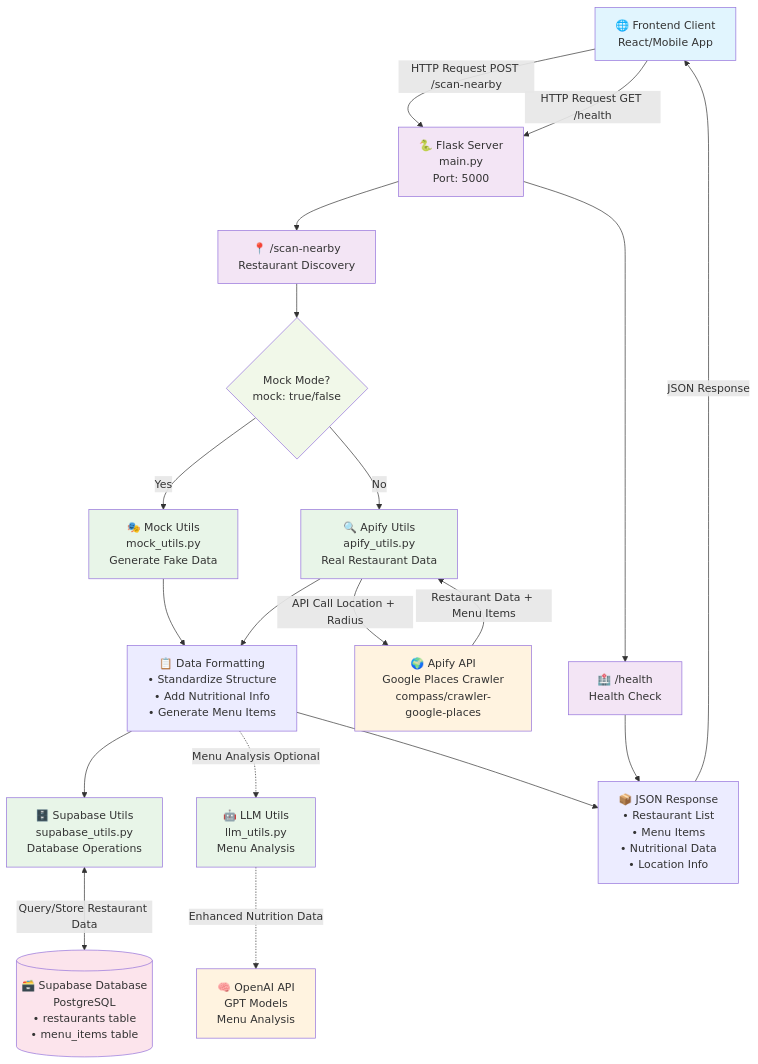
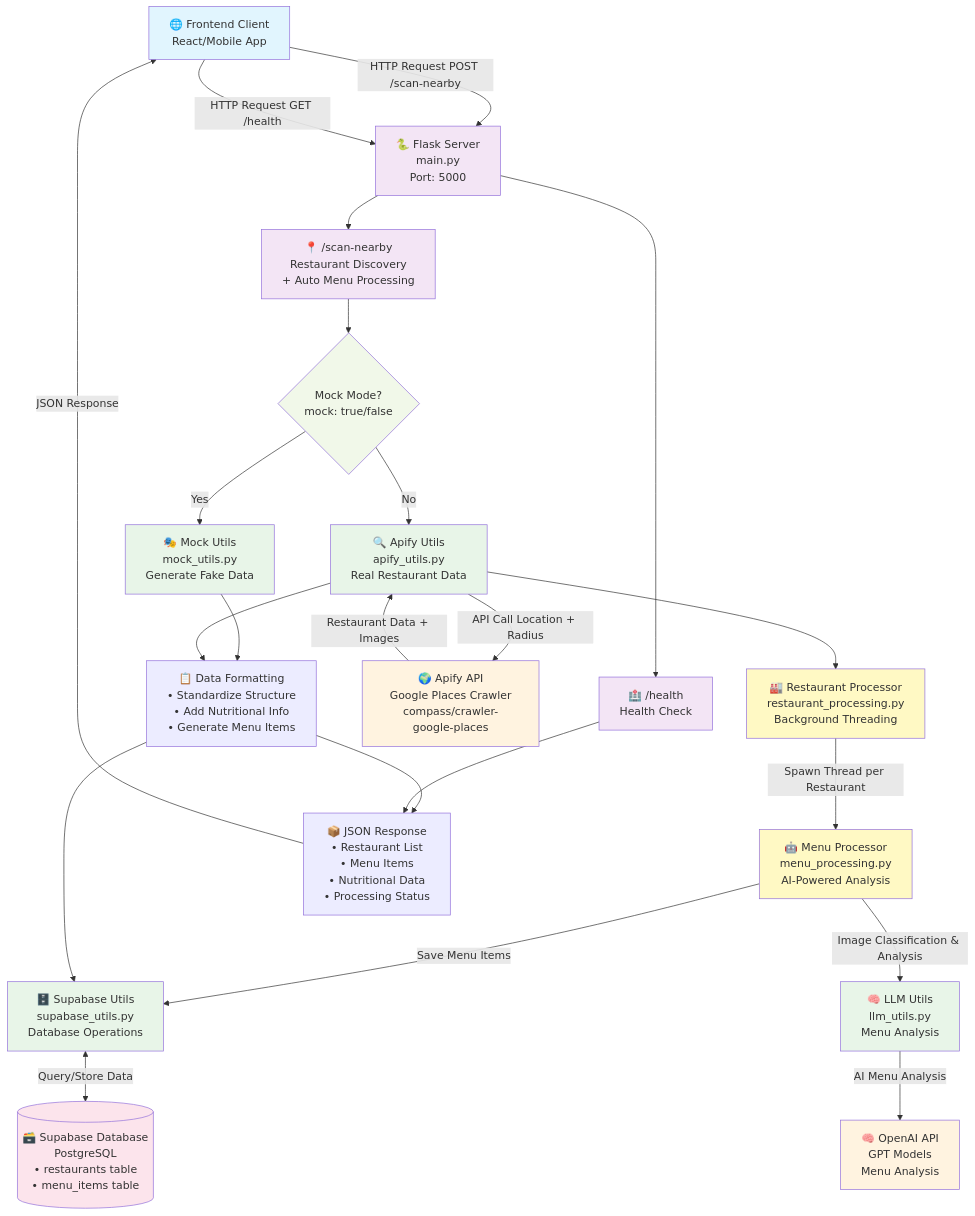
The first of 4 diagrams in macromaps-backend/README.md (clsandoval/macromap), drawn with Mermaid before and after one commit. The commit also changed other lines of this file and 5 other files, not shown here.

Commit message:
add restaurant processing task, update supabase tables and readme

```diff
--- a/macromaps-backend/README.md
+++ b/macromaps-backend/README.md
@@ -32,7 +42,7 @@
     
     %% API Endpoints
     Health[🏥 /health<br/>Health Check]
-    ScanNearby[📍 /scan-nearby<br/>Restaurant Discovery]
+    ScanNearby[📍 /scan-nearby<br/>Restaurant Discovery<br/>+ Auto Menu Processing]
     
     %% Decision Logic
     MockCheck{Mock Mode?<br/>mock: true/false}
@@ -41,7 +51,11 @@
     MockUtils[🎭 Mock Utils<br/>mock_utils.py<br/>Generate Fake Data]
     ApifyUtils[🔍 Apify Utils<br/>apify_utils.py<br/>Real Restaurant Data]
     SupabaseUtils[🗄️ Supabase Utils<br/>supabase_utils.py<br/>Database Operations]
-    LLMUtils[🤖 LLM Utils<br/>llm_utils.py<br/>Menu Analysis]
+    
+    %% Processing Pipeline
+    RestaurantProcessor[🏭 Restaurant Processor<br/>restaurant_processing.py<br/>Background Threading]
+    MenuProcessor[🤖 Menu Processor<br/>menu_processing.py<br/>AI-Powered Analysis]
+    LLMUtils[🧠 LLM Utils<br/>llm_utils.py<br/>Menu Analysis]
     
     %% External Services
     ApifyAPI[🌍 Apify API<br/>Google Places Crawler<br/>compass/crawler-google-places]
@@ -52,7 +66,7 @@
     DataFormat[📋 Data Formatting<br/>• Standardize Structure<br/>• Add Nutritional Info<br/>• Generate Menu Items]
     
     %% Response Assembly
-    Response[📦 JSON Response<br/>• Restaurant List<br/>• Menu Items<br/>• Nutritional Data<br/>• Location Info]
+    Response[📦 JSON Response<br/>• Restaurant List<br/>• Menu Items<br/>• Nutritional Data<br/>• Processing Status]
     
     %% Flow Connections
     Client -->|HTTP Request POST /scan-nearby| Flask
@@ -70,16 +84,19 @@
     %% Real API Mode Path
     MockCheck -->|No| ApifyUtils
     ApifyUtils -->|API Call Location + Radius| ApifyAPI
-    ApifyAPI -->|Restaurant Data + Menu Items| ApifyUtils
+    ApifyAPI -->|Restaurant Data + Images| ApifyUtils
     ApifyUtils --> DataFormat
+    ApifyUtils --> RestaurantProcessor
+    
+    %% Background Processing Pipeline
+    RestaurantProcessor -->|Spawn Thread per Restaurant| MenuProcessor
+    MenuProcessor -->|Image Classification & Analysis| LLMUtils
+    LLMUtils -->|AI Menu Analysis| OpenAI
+    MenuProcessor -->|Save Menu Items| SupabaseUtils
     
     %% Database Integration
-    SupabaseUtils <-->|Query/Store Restaurant Data| SupabaseDB
+    SupabaseUtils <-->|Query/Store Data| SupabaseDB
     DataFormat --> SupabaseUtils
-    
-    %% LLM Enhancement (Future)
-    DataFormat -.->|Menu Analysis Optional| LLMUtils
-    LLMUtils -.->|Enhanced Nutrition Data| OpenAI
     
     %% Response Flow
     DataFormat --> Response
@@ -90,6 +107,7 @@
     classDef client fill:#e1f5fe
     classDef flask fill:#f3e5f5
     classDef utils fill:#e8f5e8
+    classDef processing fill:#fff9c4
     classDef external fill:#fff3e0
     classDef database fill:#fce4ec
     classDef decision fill:#f1f8e9
@@ -97,6 +115,7 @@
     class Client client
     class Flask,Health,ScanNearby flask
     class MockUtils,ApifyUtils,SupabaseUtils,LLMUtils utils
+    class RestaurantProcessor,MenuProcessor processing
     class ApifyAPI,OpenAI external
     class SupabaseDB database
     class MockCheck decision
```
